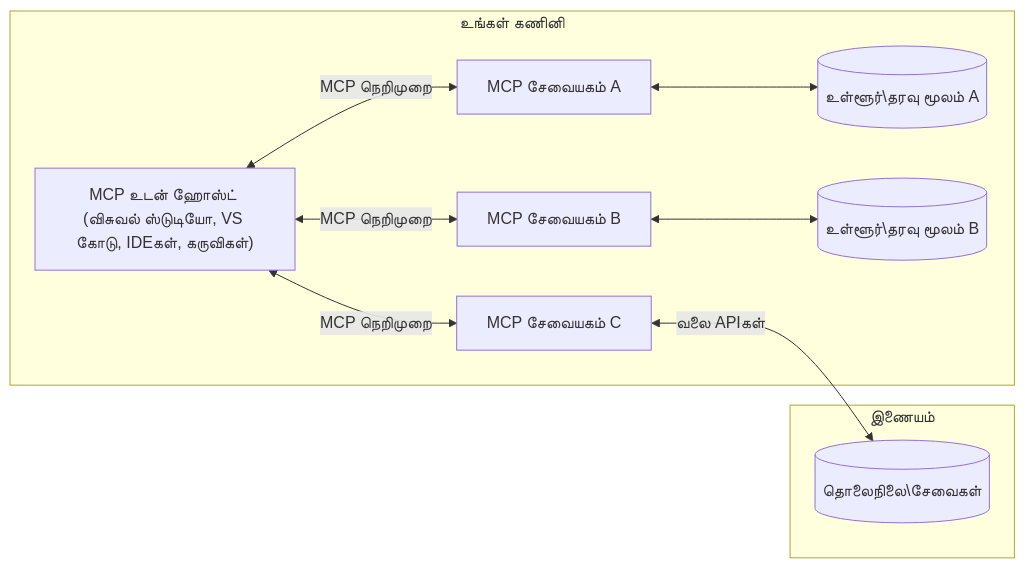
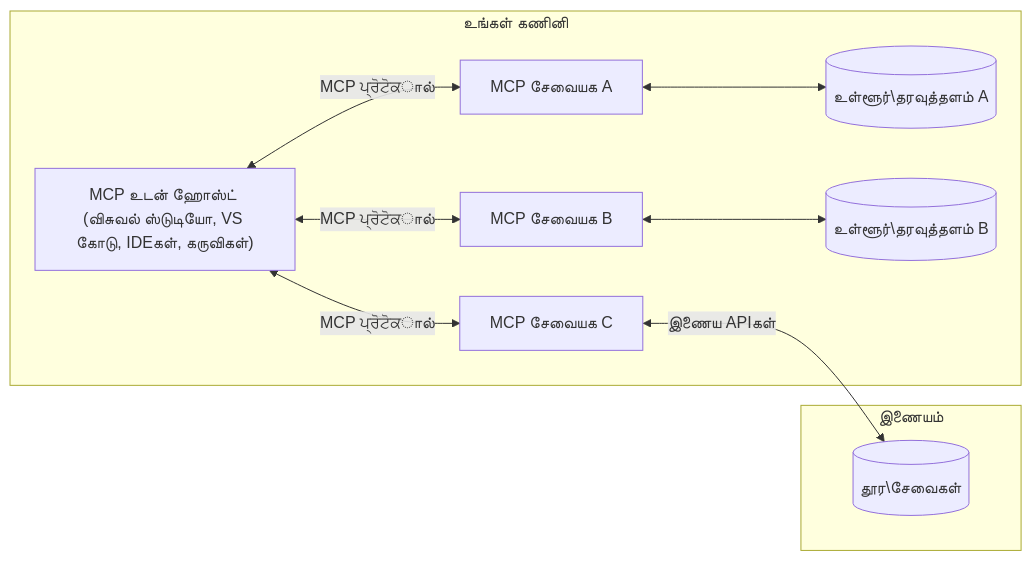
One commit to Mu-L/mcp-for-beginners changed the diagram in translations/ta/01-CoreConcepts/README.md. Above: the diagram before and after it, drawn with Mermaid. The commit also changed other lines of this file and 110 other files, not shown here.

````diff
--- a/translations/ta/01-CoreConcepts/README.md
+++ b/translations/ta/01-CoreConcepts/README.md
@@ -45,17 +45,17 @@
 ```mermaid
 flowchart LR
     subgraph "உங்கள் கணினி"
         Host["MCP உடன் ஹோஸ்ட் (விசுவல் ஸ்டுடியோ, VS கோடு, IDEகள், கருவிகள்)"]
-        S1["MCP சேவையகம் A"]
-        S2["MCP சேவையகம் B"]
-        S3["MCP சேவையகம் C"]
-        Host <-->|"MCP நெறிமுறை"| S1
-        Host <-->|"MCP நெறிமுறை"| S2
-        Host <-->|"MCP நெறிமுறை"| S3
-        S1 <--> D1[("உள்ளூர்\தரவு மூலம் A")]
-        S2 <--> D2[("உள்ளூர்\தரவு மூலம் B")]
+        S1["MCP சேவையக A"]
+        S2["MCP சேவையக B"]
+        S3["MCP சேவையக C"]
+        Host <-->|"MCP ਪ੍ਰੋਟੋਕால்"| S1
+        Host <-->|"MCP ਪ੍ਰੋਟੋਕால்"| S2
+        Host <-->|"MCP ਪ੍ਰੋਟੋਕால்"| S3
+        S1 <--> D1[("உள்ளூர்\தரவுத்தளம் A")]
+        S2 <--> D2[("உள்ளூர்\தரவுத்தளம் B")]
     end
     subgraph "இணையம்"
-        S3 <-->|"வலை APIகள்"| D3[("தொலைநிலை\சேவைகள்")]
+        S3 <-->|"இணைய APIகள்"| D3[("தூர\சேவைகள்")]
     end
 ```
````
